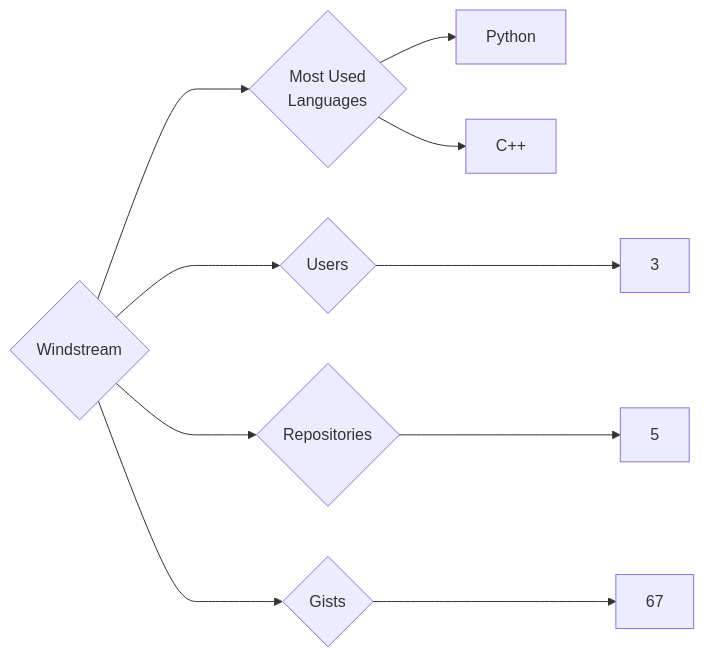
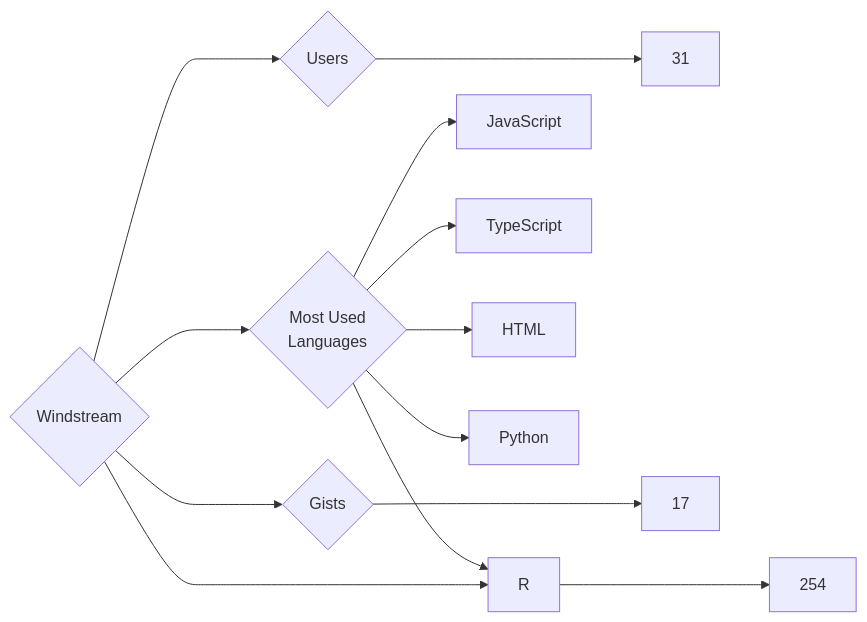
Before and after one commit to trickest/insiders: the diagram in targets/Windstream/README.md, drawn with Mermaid. The commit also changed 878 other files, not shown here.

````diff
--- a/targets/Windstream/README.md
+++ b/targets/Windstream/README.md
@@ -3,10 +3,13 @@
 ```mermaid
 graph LR
 COMPANY_NAME{Windstream}
-COMPANY_NAME ---> U{Users} ---> UN[3]
-COMPANY_NAME ---> R{Repositories} ---> RN[5]
-COMPANY_NAME ---> G{Gists} ---> GN[67]
+COMPANY_NAME ---> U{Users} ---> UN[31]
+COMPANY_NAME ---> R{Repositories} ---> RN[254]
+COMPANY_NAME ---> G{Gists} ---> GN[17]
 COMPANY_NAME ---> ML{Most Used<br>Languages}
+ML --> JavaScript[JavaScript]
+ML --> TypeScript[TypeScript]
+ML --> HTML[HTML]
 ML --> Python[Python]
-ML --> C++[C++]
+ML --> R[R]
 ```
````
